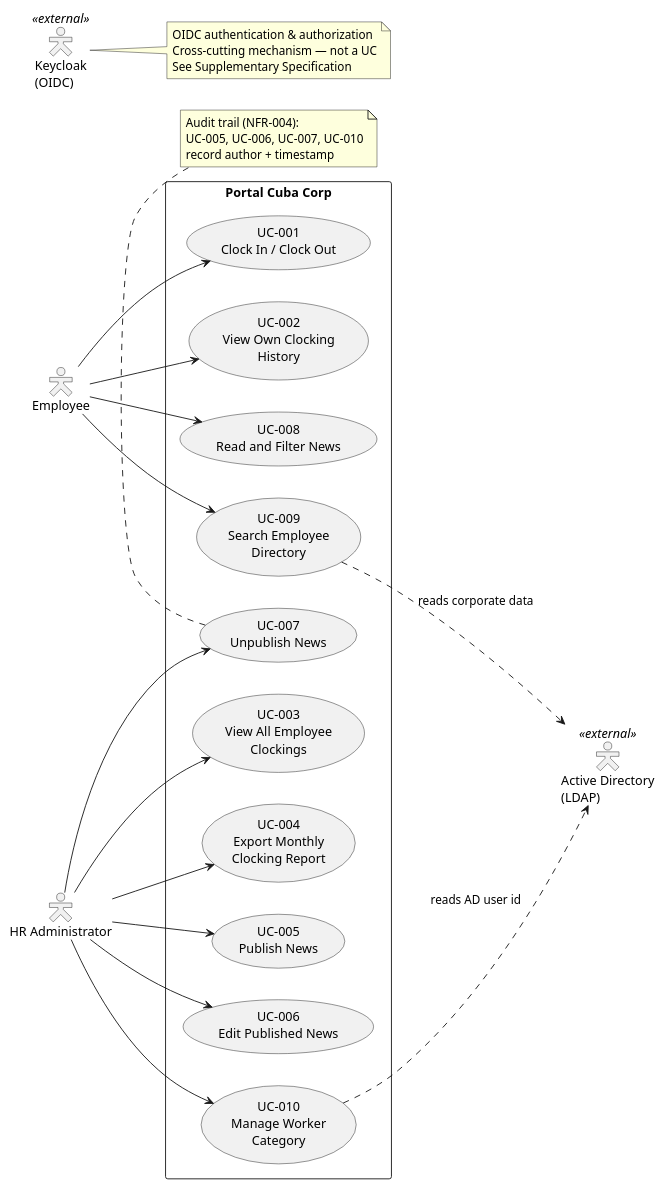
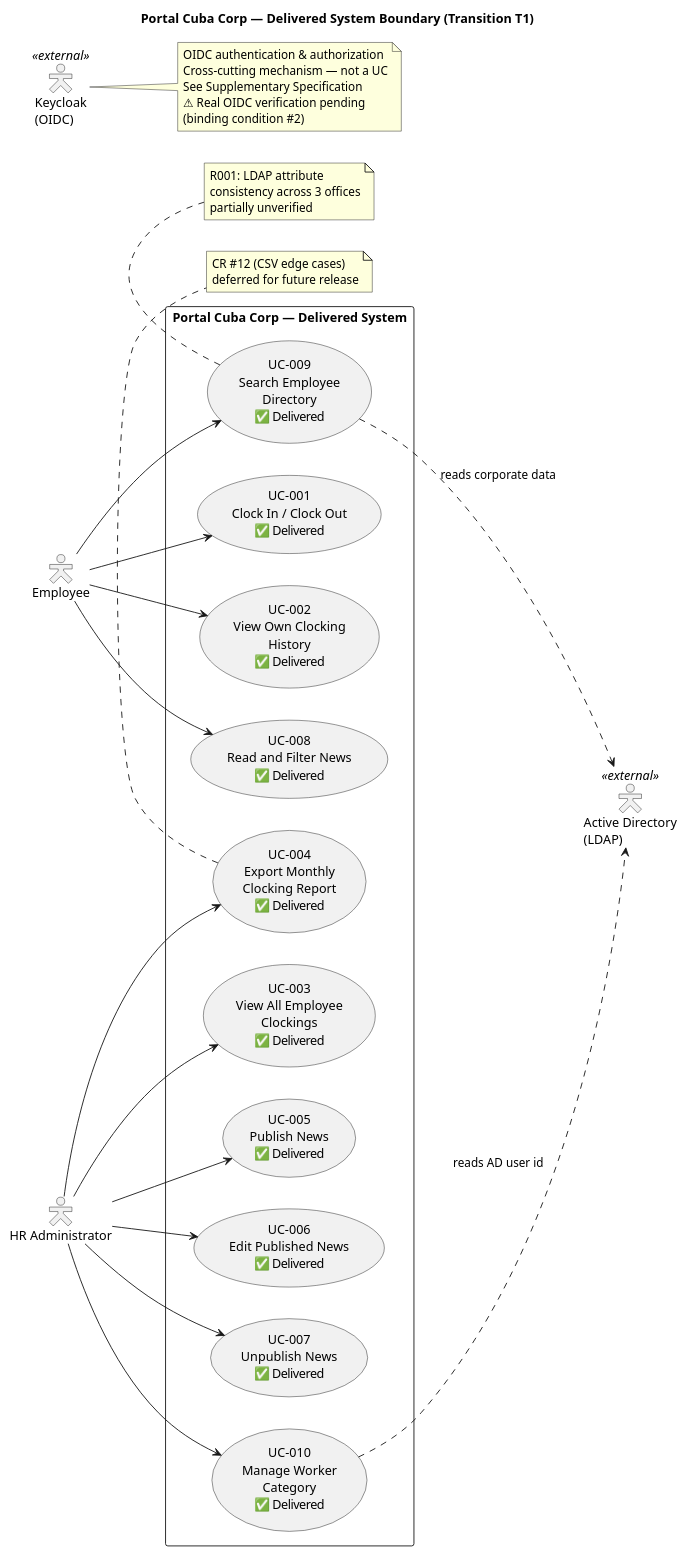
One commit to banense-test/portal-cuba-corp changed the diagram in docs/artifacts/requirements/vision.md. Above: the diagram before and after it, drawn with PlantUML. The commit also changed other lines of this file, not shown here.

First line of the commit message:
System Analyst [T1]: upsert Vision

````diff
--- a/docs/artifacts/requirements/vision.md
+++ b/docs/artifacts/requirements/vision.md
@@ -103,53 +102,62 @@
 ```plantuml
 @startuml
+title Portal Cuba Corp — Delivered System Boundary (Transition T1)
+
 left to right direction
 skinparam packageStyle rectangle
 skinparam actorStyle hollow
 
 actor "Employee" as EMP
 actor "HR Administrator" as HR
 actor "Active Directory\n(LDAP)" as AD <<external>>
 actor "Keycloak\n(OIDC)" as KC <<external>>
 
-rectangle "Portal Cuba Corp" {
-  usecase "UC-001\nClock In / Clock Out" as UC001
-  usecase "UC-002\nView Own Clocking\nHistory" as UC002
-  usecase "UC-003\nView All Employee\nClockings" as UC003
-  usecase "UC-004\nExport Monthly\nClocking Report" as UC004
-  usecase "UC-005\nPublish News" as UC005
-  usecase "UC-006\nEdit Published News" as UC006
-  usecase "UC-007\nUnpublish News" as UC007
-  usecase "UC-008\nRead and Filter News" as UC008
-  usecase "UC-009\nSearch Employee\nDirectory" as UC009
-  usecase "UC-010\nManage Worker\nCategory" as UC010
+rectangle "Portal Cuba Corp — Delivered System" {
+  usecase "UC-001\nClock In / Clock Out\n✅ Delivered" as UC001
+  usecase "UC-002\nView Own Clocking\nHistory\n✅ Delivered" as UC002
+  usecase "UC-003\nView All Employee\nClockings\n✅ Delivered" as UC003
+  usecase "UC-004\nExport Monthly\nClocking Report\n✅ Delivered" as UC004
+  usecase "UC-005\nPublish News\n✅ Delivered" as UC005
+  usecase "UC-006\nEdit Published News\n✅ Delivered" as UC006
+  usecase "UC-007\nUnpublish News\n✅ Delivered" as UC007
+  usecase "UC-008\nRead and Filter News\n✅ Delivered" as UC008
+  usecase "UC-009\nSearch Employee\nDirectory\n✅ Delivered" as UC009
+  usecase "UC-010\nManage Worker\nCategory\n✅ Delivered" as UC010
 }
 
 EMP --> UC001
 EMP --> UC002
 EMP --> UC008
 EMP --> UC009
 
 HR --> UC003
 HR --> UC004
 HR --> UC005
 HR --> UC006
 HR --> UC007
 HR --> UC010
 
 UC009 ..> AD : reads corporate data
 UC010 ..> AD : reads AD user id
 
 note right of KC
   OIDC authentication & authorization
   Cross-cutting mechanism — not a UC
   See Supplementary Specification
+  ⚠ Real OIDC verification pending
+  (binding condition #2)
 end note
 
-note bottom of UC007
-  Audit trail (NFR-004):
-  UC-005, UC-006, UC-007, UC-010
-  record author + timestamp
+note bottom of UC004
+  CR #12 (CSV edge cases)
+  deferred for future release
+end note
+
+note bottom of UC009
+  R001: LDAP attribute
+  consistency across 3 offices
+  partially unverified
 end note
 
 @enduml
 ```
````
